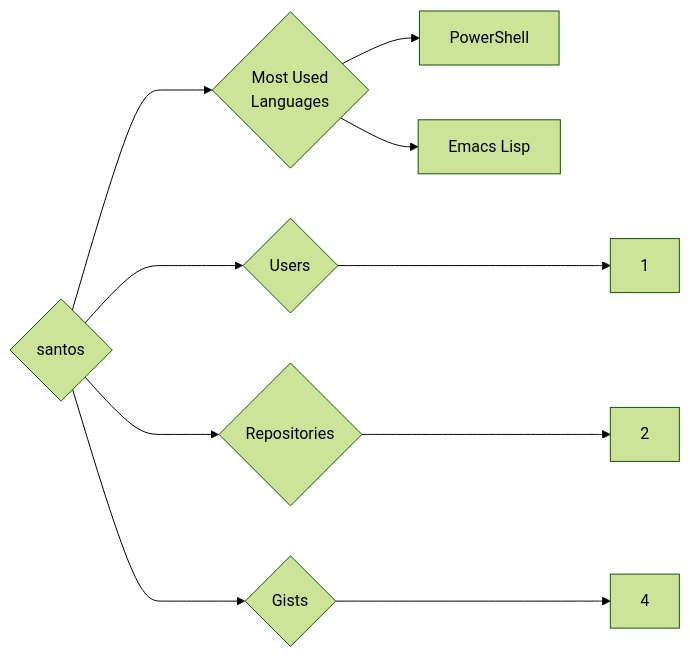
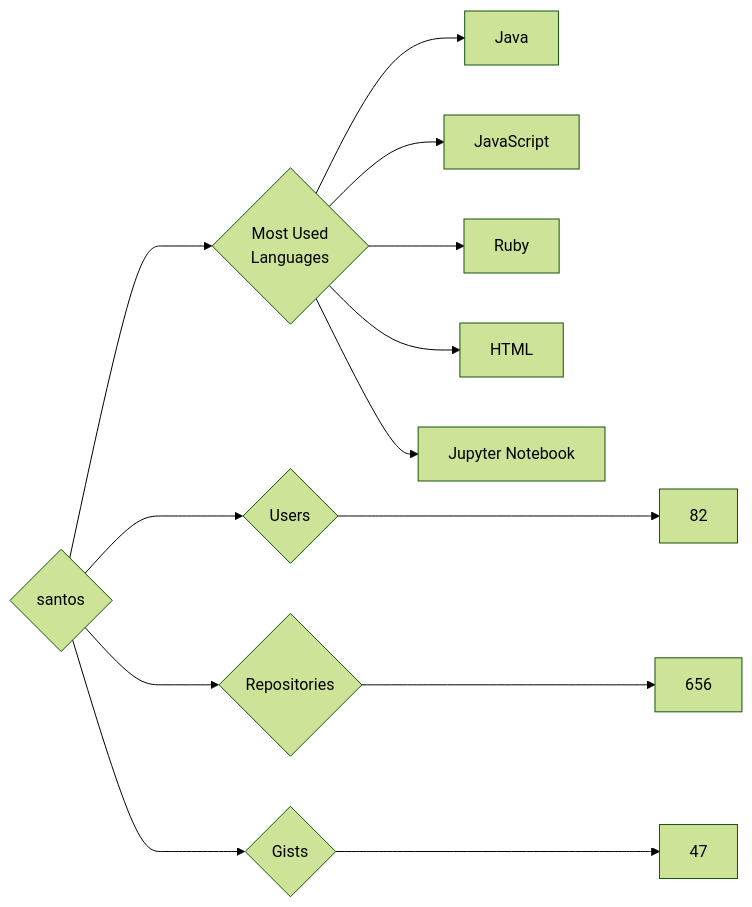
Before and after one commit to trickest/insiders: the diagram in targets/santos/README.md, drawn with Mermaid (forest theme). The commit also changed 903 other files, not shown here.

````diff
--- a/targets/santos/README.md
+++ b/targets/santos/README.md
@@ -3,10 +3,13 @@
 ```mermaid
 graph LR
 COMPANY_NAME{santos}
-COMPANY_NAME ---> U{Users} ---> UN[1]
-COMPANY_NAME ---> R{Repositories} ---> RN[2]
-COMPANY_NAME ---> G{Gists} ---> GN[4]
+COMPANY_NAME ---> U{Users} ---> UN[82]
+COMPANY_NAME ---> R{Repositories} ---> RN[656]
+COMPANY_NAME ---> G{Gists} ---> GN[47]
 COMPANY_NAME ---> ML{Most Used<br>Languages}
-ML --> PowerShell[PowerShell]
-ML --> Emacs_Lisp[Emacs Lisp]
+ML --> Java[Java]
+ML --> JavaScript[JavaScript]
+ML --> Ruby[Ruby]
+ML --> HTML[HTML]
+ML --> Jupyter_Notebook[Jupyter Notebook]
 ```
````
